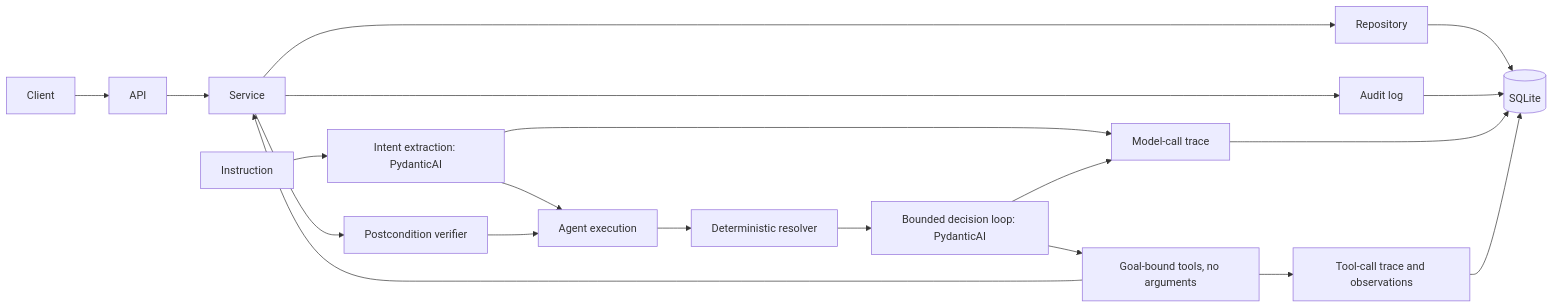
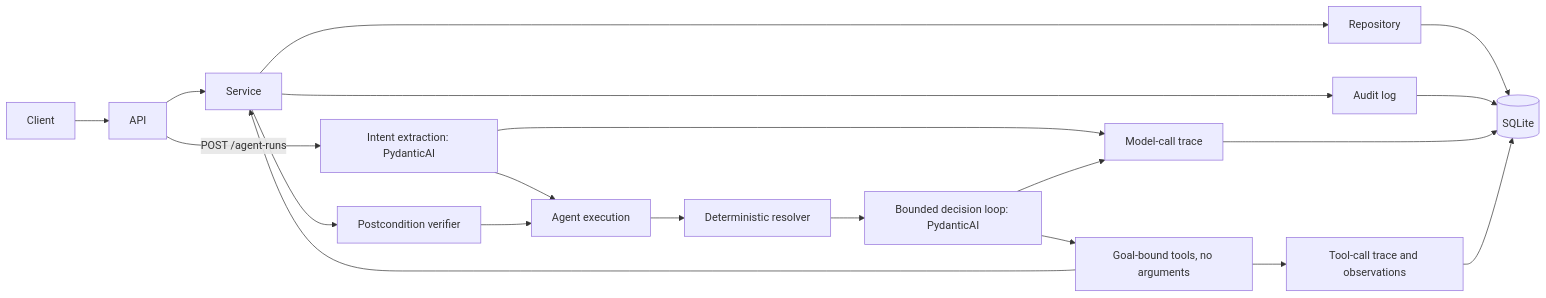
The diagram in README.md (bksampadi/saas-agent-lab), drawn with Mermaid before and after one commit. The commit also changed other lines of this file and 2 other files, not shown here.

First line of the commit message:
Document agent HTTP workflow

````diff
--- a/README.md
+++ b/README.md
@@ -66,25 +128,25 @@
 ```mermaid
 flowchart LR
     Client --> API
     API --> Service
     Service --> Repository
     Repository --> DB[(SQLite)]
 
     Service --> Audit[Audit log]
     Audit --> DB
 
-    Instruction --> Planner[Intent extraction: PydanticAI]
+    API -->|POST /agent-runs| Planner[Intent extraction: PydanticAI]
     Planner --> ModelTrace[Model-call trace]
     Planner --> AgentRun[Agent execution]
     AgentRun --> Resolver[Deterministic resolver]
     Resolver --> Decision[Bounded decision loop: PydanticAI]
     Decision --> ModelTrace
     Decision --> Tools[Goal-bound tools, no arguments]
     Tools --> Service
     Tools --> Trace[Tool-call trace and observations]
     ModelTrace --> DB
     Trace --> DB
 
     Service --> Verifier[Postcondition verifier]
     Verifier --> AgentRun
 ```
````
